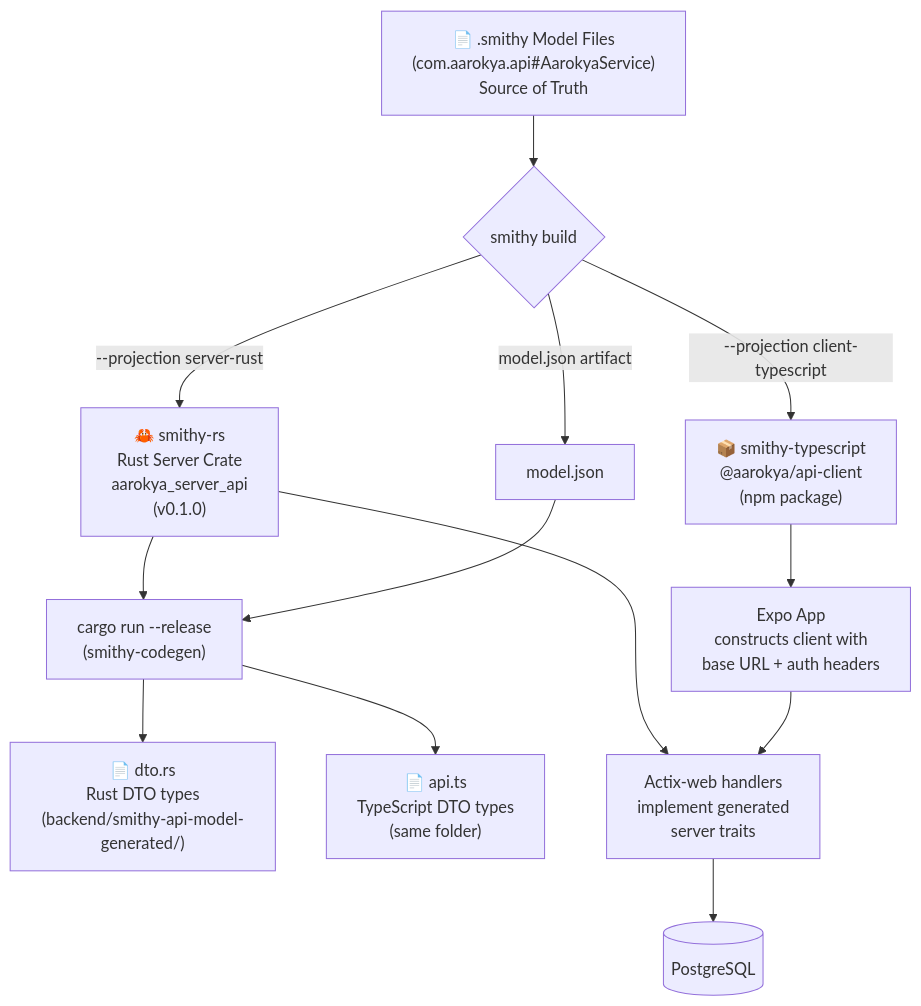
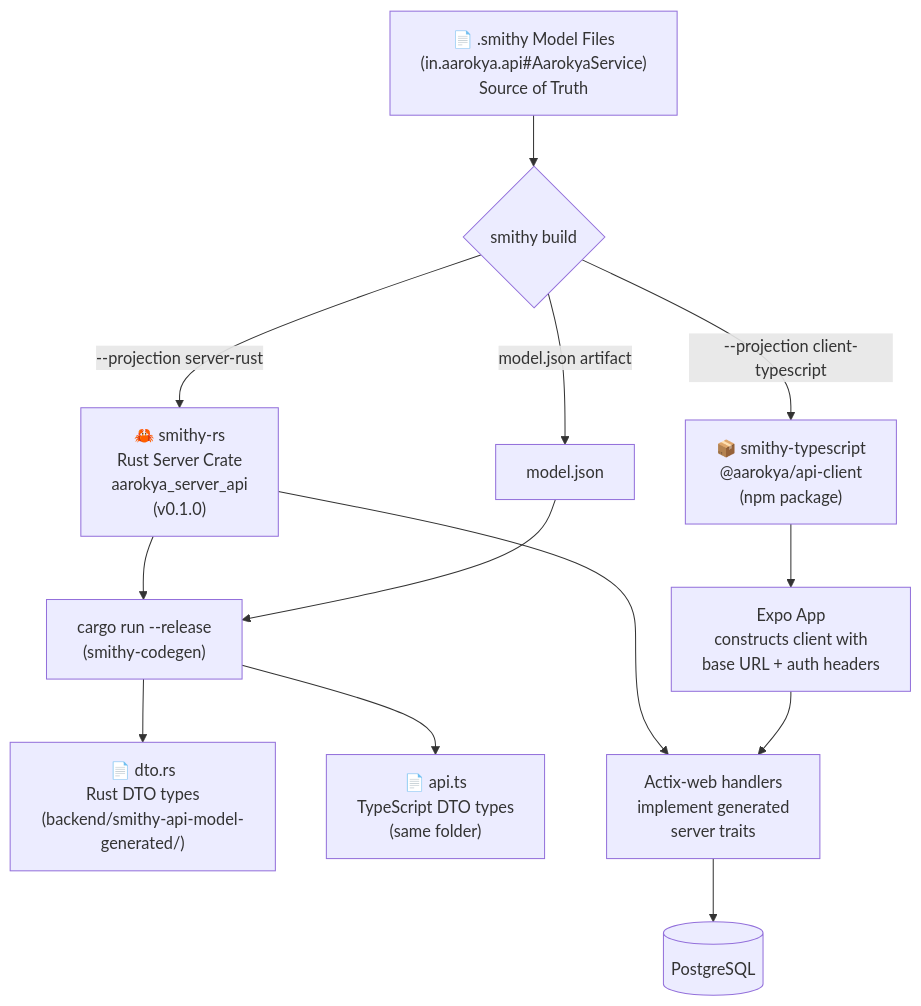
The first of 2 diagrams in api-reference/architecture/codegen-pipeline.mdx (anu19981/aarokya-backend), drawn with Mermaid before and after one commit. The commit also changed other lines of this file and 15 other files, not shown here.

Commit message:
sync: update api-reference from aarokya-agentic-app

````diff
--- a/api-reference/architecture/codegen-pipeline.mdx
+++ b/api-reference/architecture/codegen-pipeline.mdx
@@ -26,20 +33,20 @@
 ```mermaid
 flowchart TD
-    A["📄 .smithy Model Files\n(com.aarokya.api#AarokyaService)\nSource of Truth"] --> B{smithy build}
+    A["📄 .smithy Model Files\n(in.aarokya.api#AarokyaService)\nSource of Truth"] --> B{smithy build}
 
     B -->|"--projection server-rust"| C["🦀 smithy-rs\nRust Server Crate\naarokya_server_api\n(v0.1.0)"]
     B -->|"--projection client-typescript"| D["📦 smithy-typescript\n@aarokya/api-client\n(npm package)"]
     B -->|"model.json artifact"| E
 
     C --> F["cargo run --release\n(smithy-codegen)"]
     F --> G["📄 dto.rs\nRust DTO types\n(backend/smithy-api-model-generated/)"]
     F --> H["📄 api.ts\nTypeScript DTO types\n(same folder)"]
     E["model.json"] --> F
 
     C --> I["Actix-web handlers\nimplement generated\nserver traits"]
     D --> J["Expo App\nconstructs client with\nbase URL + auth headers"]
 
     I --> K[(PostgreSQL)]
     J --> I
 
 ```
````
